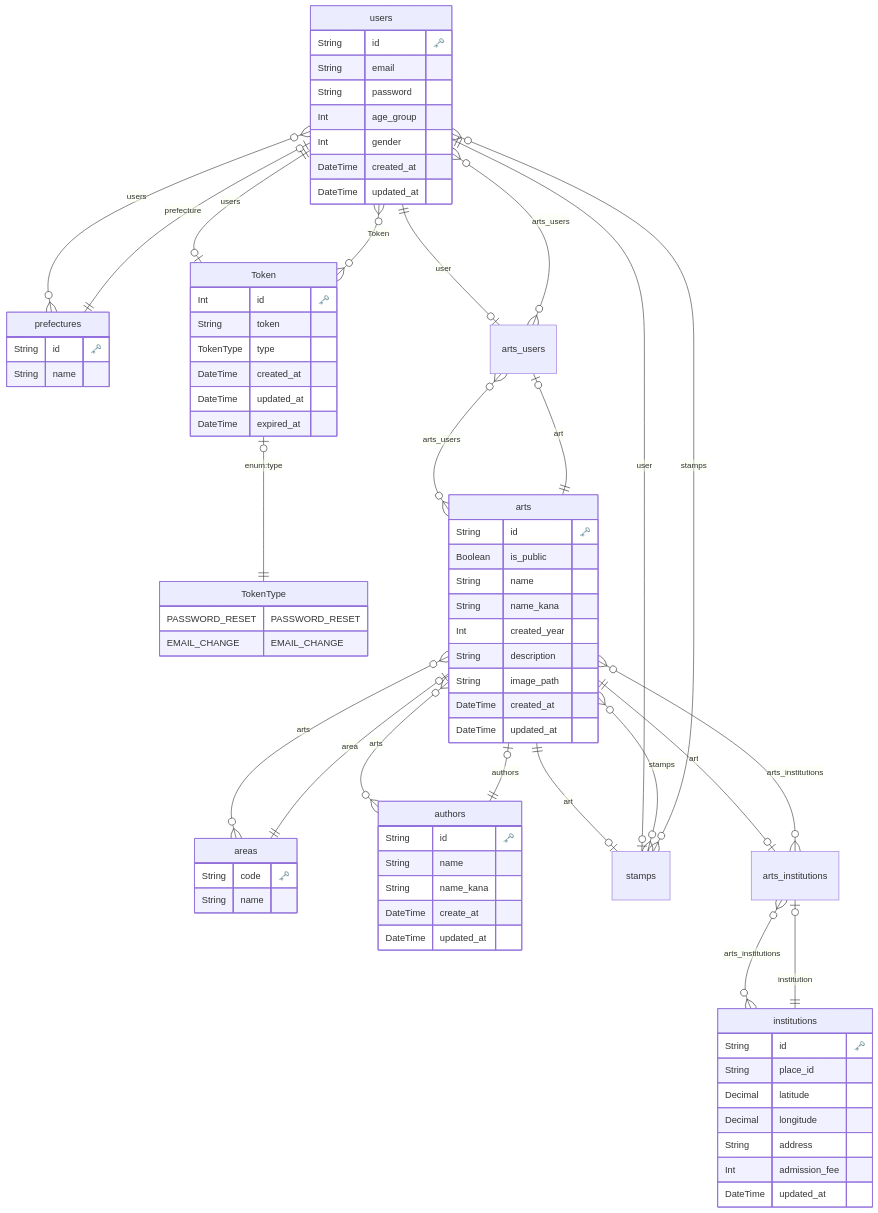
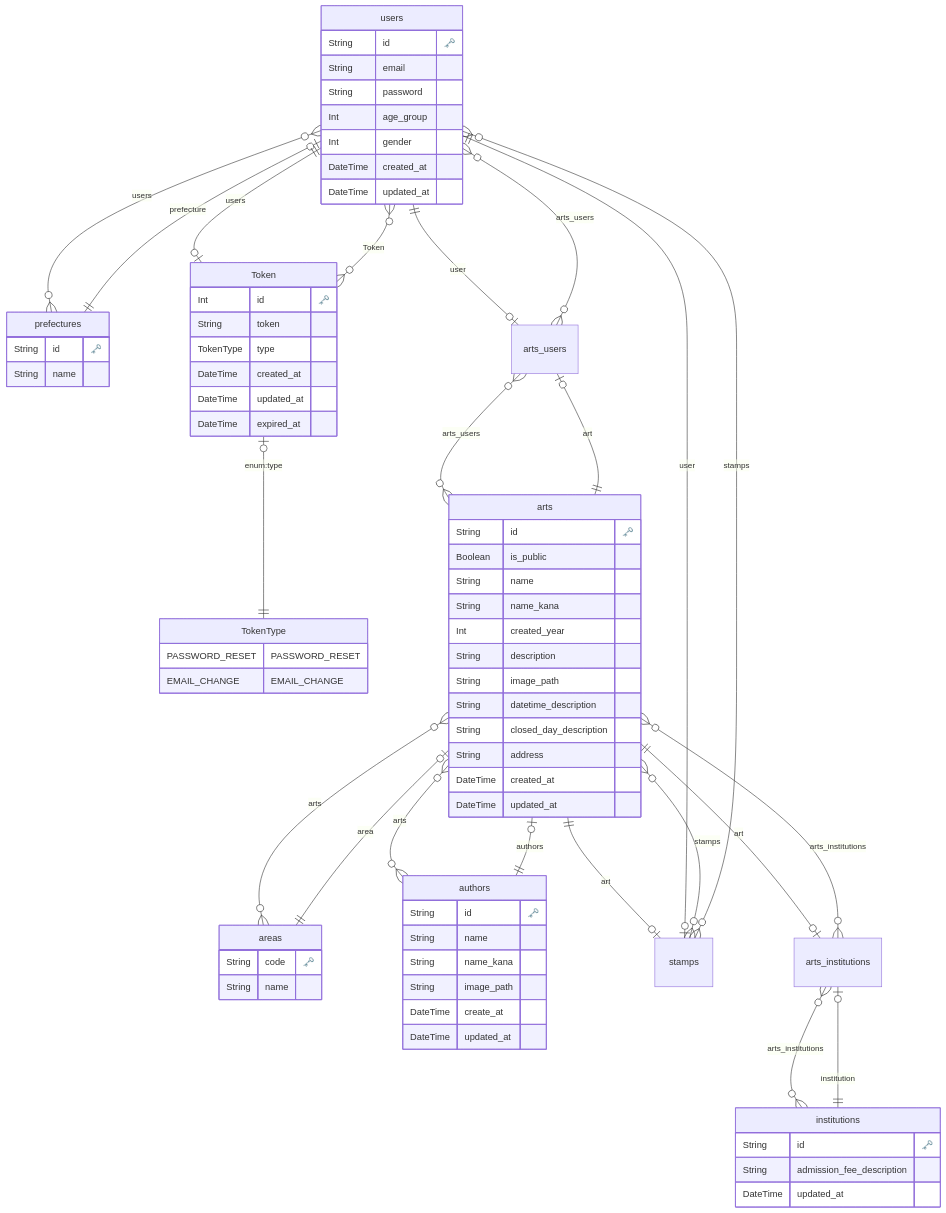
The diagram in prisma/erd.md (ih14c-13-14/artist-backend), drawn with Mermaid before and after one commit. The commit also changed 1 other file, not shown here.

Commit message:
Add erdの修正をprismaに適用

```diff
--- a/prisma/erd.md
+++ b/prisma/erd.md
@@ -31,11 +31,7 @@
 
   "institutions" {
     String id "🗝️"
-    String place_id 
-    Decimal latitude 
-    Decimal longitude 
-    String address 
-    Int admission_fee 
+    String admission_fee_description 
     DateTime updated_at 
     }
   
@@ -48,6 +44,9 @@
     Int created_year 
     String description 
     String image_path 
+    String datetime_description 
+    String closed_day_description 
+    String address 
     DateTime created_at 
     DateTime updated_at 
     }
@@ -57,6 +56,7 @@
     String id "🗝️"
     String name 
     String name_kana 
+    String image_path 
     DateTime create_at 
     DateTime updated_at 
     }
```
